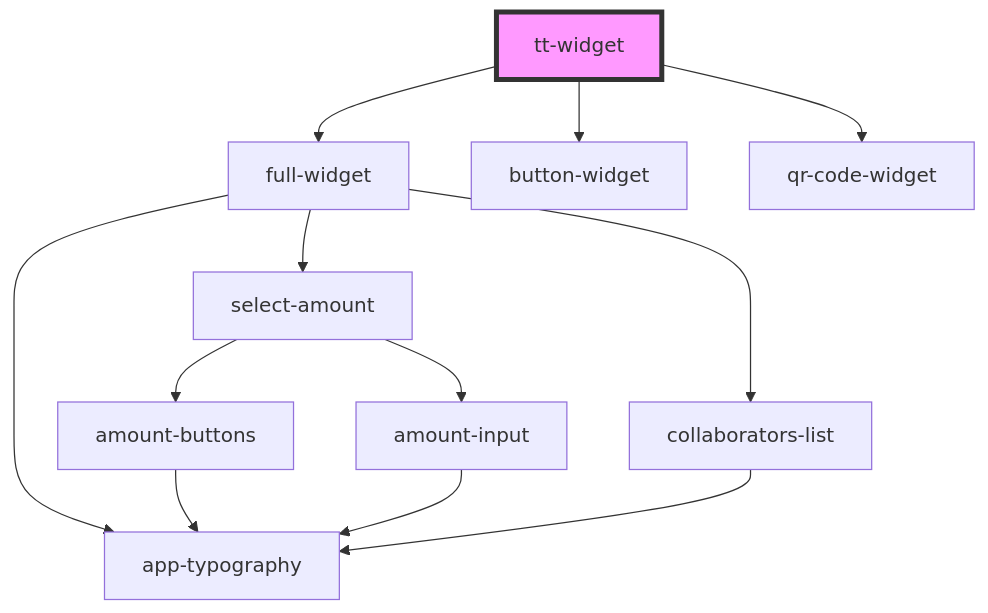
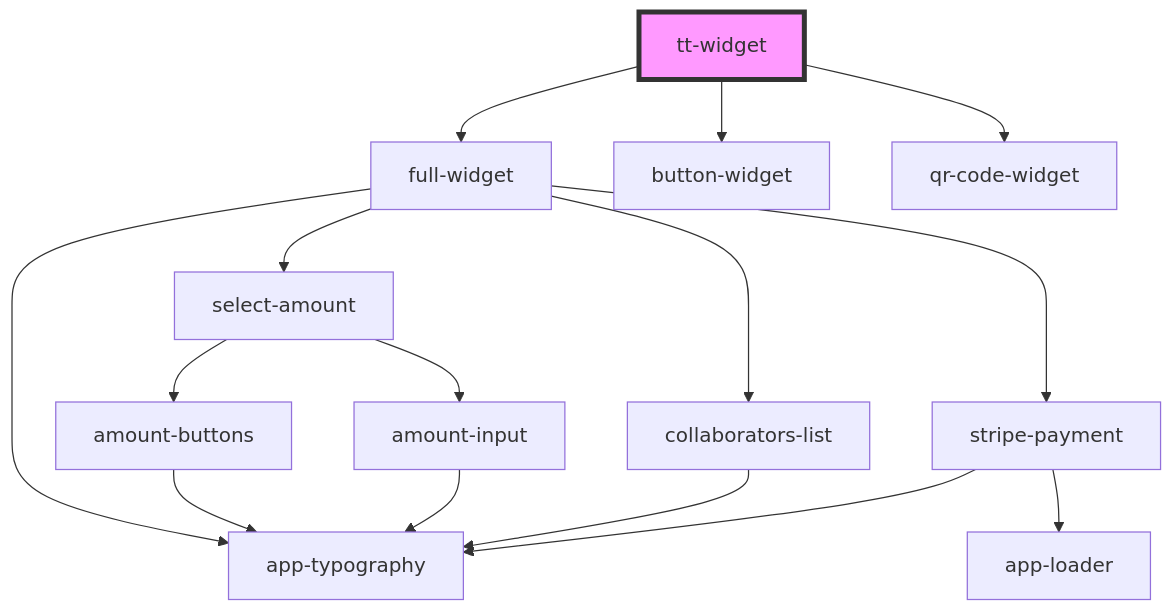
Before and after one commit to echrysikou/dojoWidget: the diagram in src/components/widget-selector/readme.md, drawn with Mermaid. The commit also changed 150 other files, not shown here.

Commit message:
full widget 3

````diff
--- a/src/components/widget-selector/readme.md
+++ b/src/components/widget-selector/readme.md
@@ -25,15 +25,18 @@
 ```mermaid
 graph TD;
   tt-widget --> full-widget
   tt-widget --> button-widget
   tt-widget --> qr-code-widget
   full-widget --> app-typography
   full-widget --> select-amount
   full-widget --> collaborators-list
+  full-widget --> stripe-payment
   select-amount --> amount-buttons
   select-amount --> amount-input
   amount-buttons --> app-typography
   amount-input --> app-typography
   collaborators-list --> app-typography
+  stripe-payment --> app-typography
+  stripe-payment --> app-loader
   style tt-widget fill:#f9f,stroke:#333,stroke-width:4px
 ```
````
